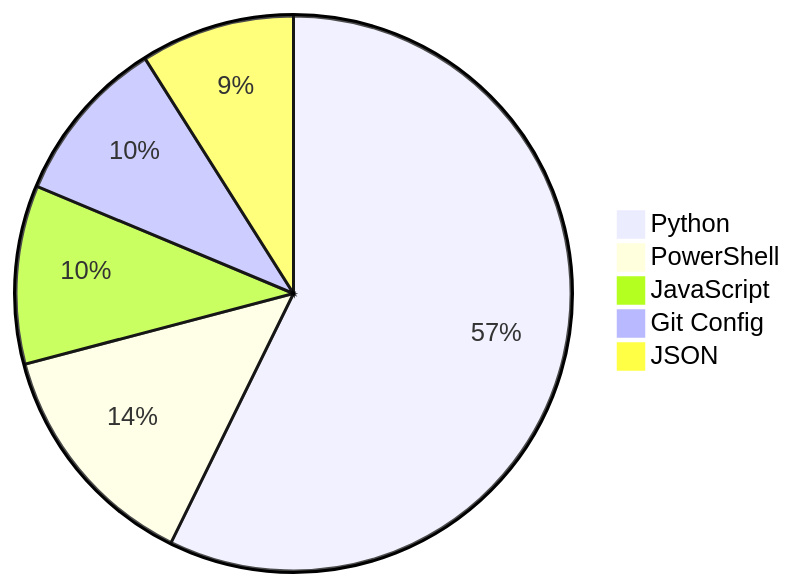
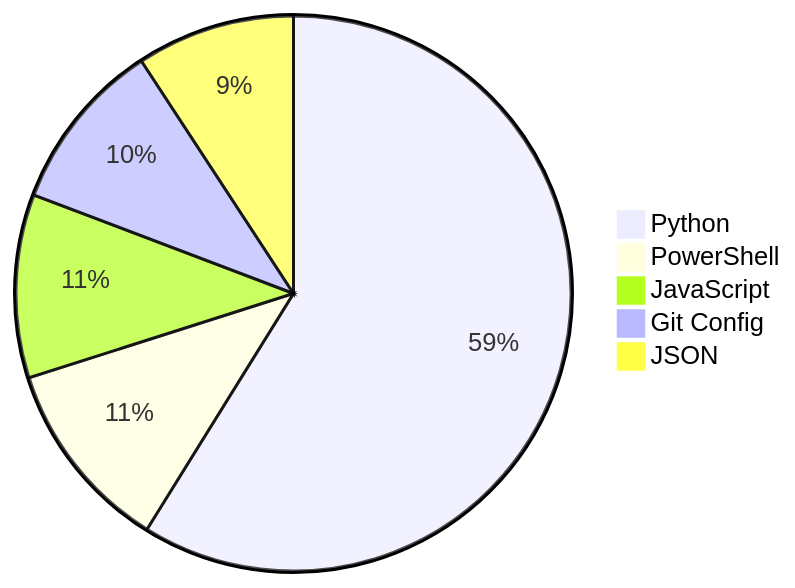
One commit to Alicia111/alicia111 changed the diagram in README.md. Above: the diagram before and after it, drawn with Mermaid.

Commit message:
Update WakaTime stats (・ω・)b

````diff
--- a/README.md
+++ b/README.md
@@ -32,8 +32,8 @@
 ```mermaid
 pie
-    "Python" : 54.66
-    "PowerShell" : 13.01
-    "JavaScript" : 9.92
-    "Git Config" : 9.29
-    "JSON" : 8.56
+    "Python" : 56.1
+    "PowerShell" : 10.72
+    "JavaScript" : 10.18
+    "Git Config" : 9.54
+    "JSON" : 8.79
 ```
````
